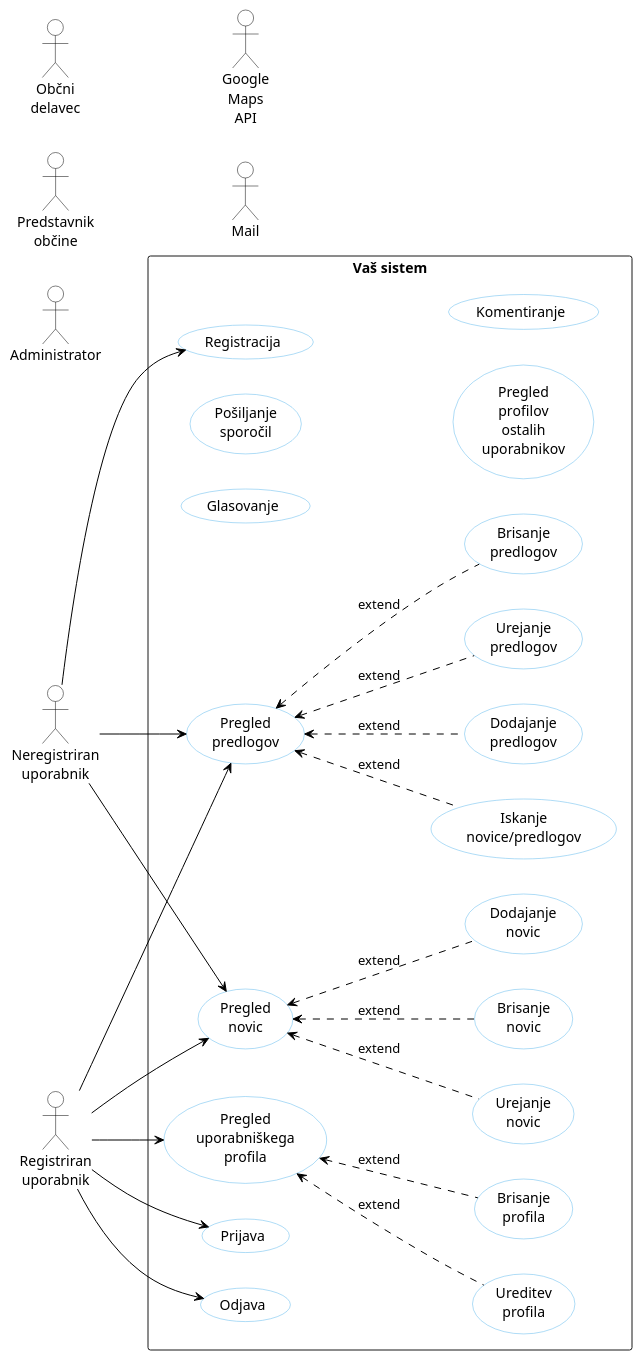
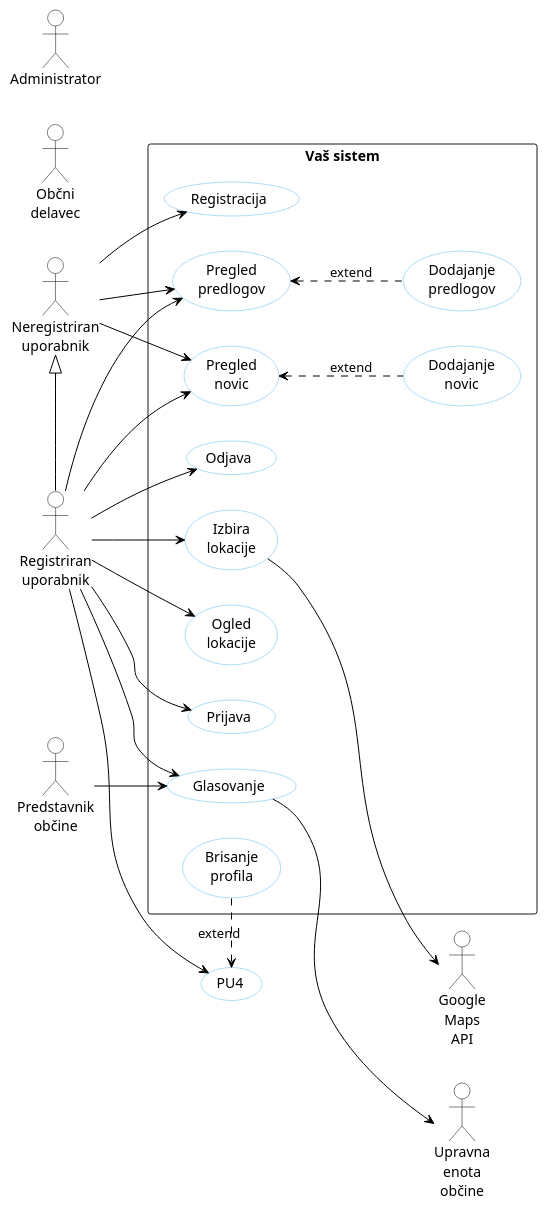
The diagram in docs/gradivo/plantuml/DPU.puml (kupinah/test-tpo), drawn with PlantUML before and after one commit.

Commit message:
ne dovrsen DPU

```diff
--- a/docs/gradivo/plantuml/DPU.puml
+++ b/docs/gradivo/plantuml/DPU.puml
@@ -1,67 +1,62 @@
 @startuml DPU
 
 skinparam backgroundcolor transparent
 skinparam defaultTextAlignment center
 skinparam usecase {
   backgroundColor white
   borderColor #5FB8EC
   arrowColor black
 }
 skinparam actorBorderColor black
 skinparam actorBackgroundColor white
 
 left to right direction
 
 actor "Neregistriran\nuporabnik" AS U1
 actor "Registriran\nuporabnik" AS U2
 actor "Občni\ndelavec" AS U3
 actor "Predstavnik\nobčine" AS U4
 actor "Administrator" AS U5
 
 actor "Google\nMaps\nAPI" AS S1
-actor "Mail" AS S2
+actor "Upravna\nenota\nobčine" AS S2
+' actor "Mail" AS S3
 
 rectangle "Vaš sistem" {
   usecase "Registracija" AS PU1
   usecase "Prijava" AS PU2
   usecase "Odjava" AS PU3
-  usecase "Pregled\nuporabniškega\nprofila" AS PU4
-  usecase "Ureditev\nprofila" AS PU5
   usecase "Brisanje\nprofila" AS PU6
   usecase "Dodajanje\nnovic" AS PU7
-  usecase "Urejanje\nnovic" AS PU8
-  usecase "Brisanje\nnovic" AS PU9
   usecase "Pregled\nnovic" AS PU10
   usecase "Dodajanje\npredlogov" AS PU11
+  usecase "Pregled\npredlogov" AS PU14
   usecase "Glasovanje" AS PU12
-  usecase "Urejanje\npredlogov" AS PU13
-  usecase "Pregled\npredlogov" AS PU14
-  usecase "Brisanje\npredlogov" AS PU15
-  usecase "Pošiljanje\nsporočil" AS PU16
-  usecase "Iskanje\nnovice/predlogov" AS PU17
-  usecase "Pregled\nprofilov\nostalih\nuporabnikov" AS PU18
   usecase "Komentiranje" AS PU19
+  usecase "Izbira\nlokacije" AS PU19
+  usecase "Ogled\nlokacije" AS PU20
 }
 
-' U2 -left-|> U1
+U2 -left-|> U1
 
 U1 -> (PU1)
-U1 --> (PU10)
-U1 --> (PU14)
 U2 --> (PU2)
 U2 --> (PU3)
 U2 --> (PU4)
+U1 --> (PU10)
 U2 --> (PU10)
+U2 --> (PU12)
+U4 --> (PU12)
+U1 --> (PU14)
 U2 --> (PU14)
+U2 --> (PU19)
+U2 --> (PU20)
 
-(PU5) .up.> (PU4) : extend
 (PU6) .up.> (PU4) : extend
 (PU7) .up.> (PU10) : extend
-(PU8) .up.> (PU10) : extend
-(PU9) .up.> (PU10) : extend
 (PU11) .up.> (PU14) : extend
-(PU13) .up.> (PU14) : extend
-(PU15) .up.> (PU14) : extend
-(PU17) .up.> (PU14) : extend
+
+(PU19) -down-> S1
+(PU12) -down-> S2
 
 @enduml
```
